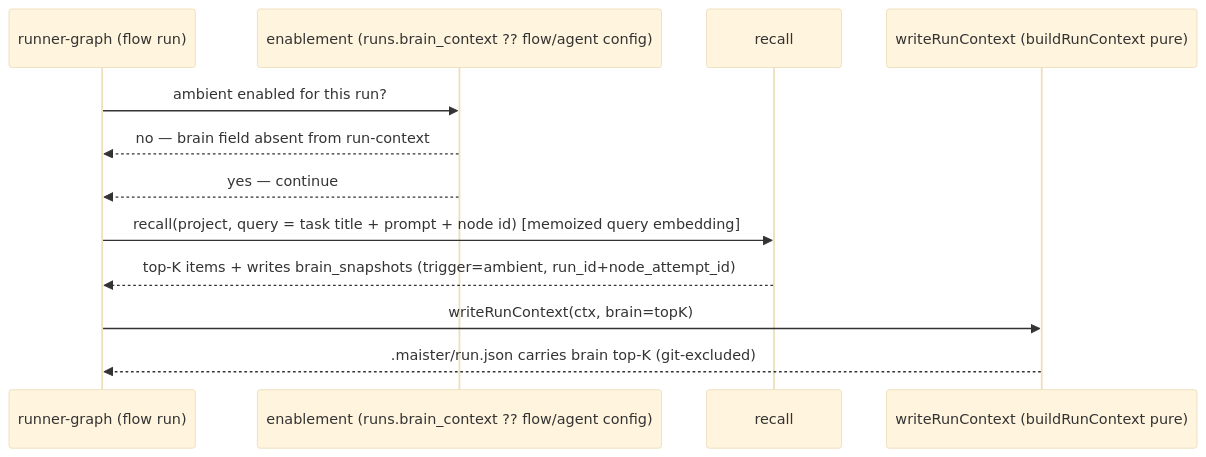
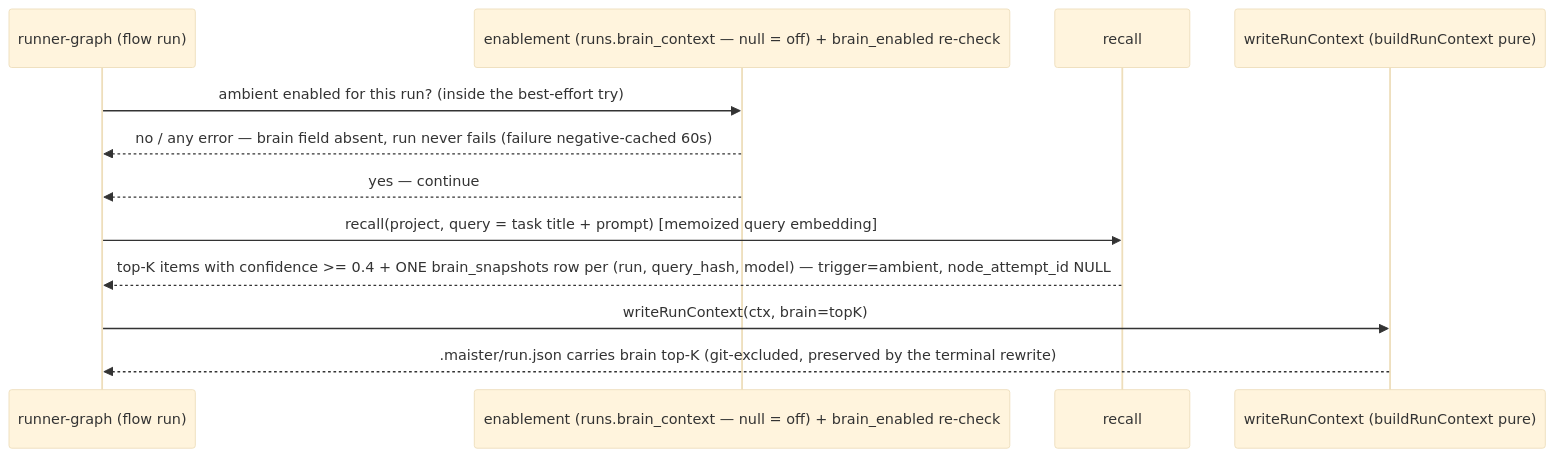
The sixth of 7 diagrams in docs/system-analytics/project-brain.md (maister-dev/maister), drawn with Mermaid (base theme) before and after one commit. The commit also changed other lines of this file and 61 other files, not shown here.

````diff
--- a/docs/system-analytics/project-brain.md
+++ b/docs/system-analytics/project-brain.md
@@ -180,14 +229,14 @@
 ```mermaid
 sequenceDiagram
     participant RG as runner-graph (flow run)
-    participant EN as enablement (runs.brain_context ?? flow/agent config)
+    participant EN as enablement (runs.brain_context — null = off) + brain_enabled re-check
     participant RC as recall
     participant WC as writeRunContext (buildRunContext pure)
-    RG->>EN: ambient enabled for this run?
-    EN-->>RG: no — brain field absent from run-context
+    RG->>EN: ambient enabled for this run? (inside the best-effort try)
+    EN-->>RG: no / any error — brain field absent, run never fails (failure negative-cached 60s)
     EN-->>RG: yes — continue
-    RG->>RC: recall(project, query = task title + prompt + node id) [memoized query embedding]
-    RC-->>RG: top-K items + writes brain_snapshots (trigger=ambient, run_id+node_attempt_id)
+    RG->>RC: recall(project, query = task title + prompt) [memoized query embedding]
+    RC-->>RG: top-K items with confidence >= 0.4 + ONE brain_snapshots row per (run, query_hash, model) — trigger=ambient, node_attempt_id NULL
     RG->>WC: writeRunContext(ctx, brain=topK)
-    WC-->>RG: .maister/run.json carries brain top-K (git-excluded)
+    WC-->>RG: .maister/run.json carries brain top-K (git-excluded, preserved by the terminal rewrite)
 ```
````
